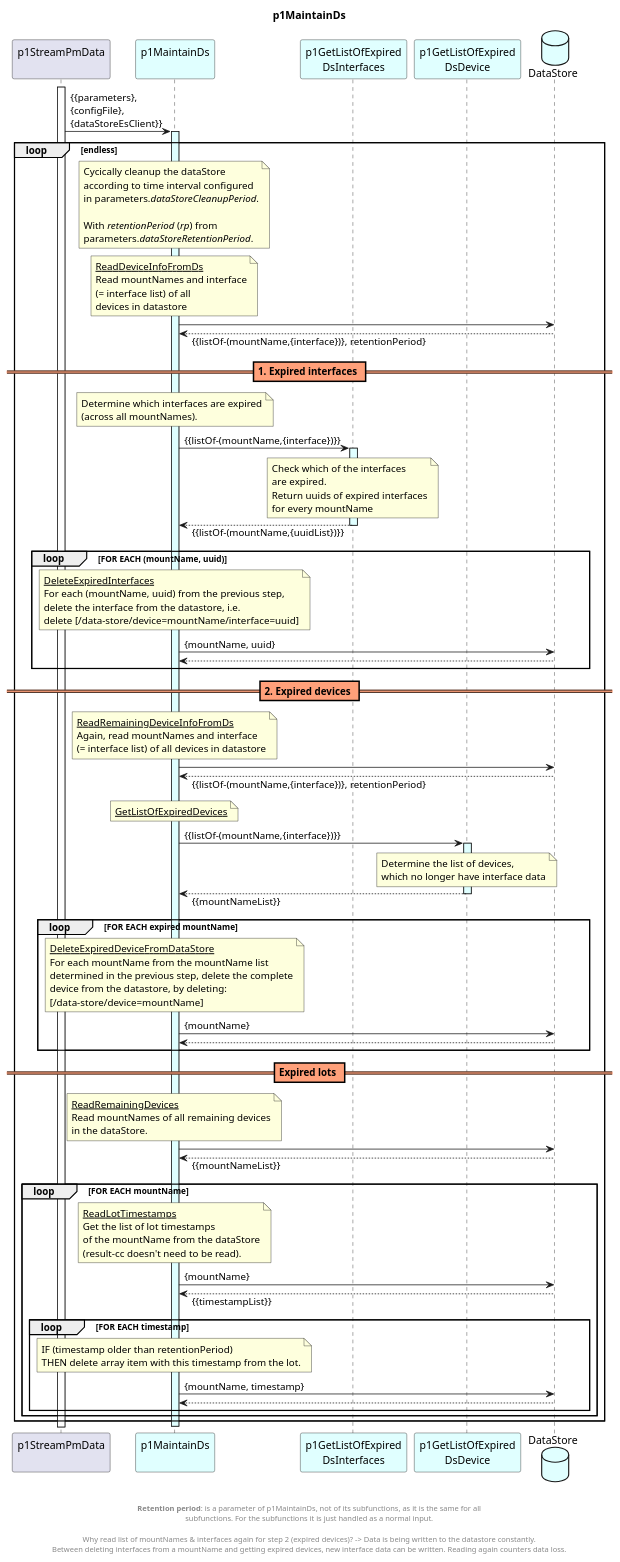
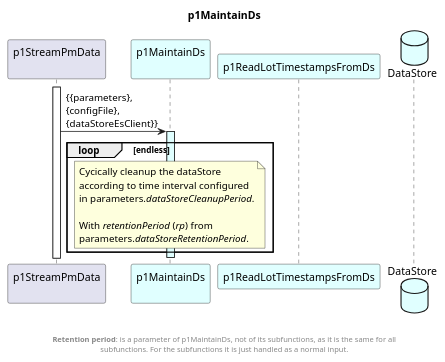
One commit to openBackhaul/DevicePerformanceManagementDataProcessor changed the diagram in spec/Functions/p1StreamPmData/p1MaintainDs/1.0.0/p1MaintainDs.plantuml. Above: the diagram before and after it, drawn with PlantUML. The commit also changed 8 other files, not shown here.

Commit message:
add subfunction for reading lot.timestamp values

```diff
--- a/spec/Functions/p1StreamPmData/p1MaintainDs/1.0.0/p1MaintainDs.plantuml
+++ b/spec/Functions/p1StreamPmData/p1MaintainDs/1.0.0/p1MaintainDs.plantuml
@@ -1,157 +1,45 @@
 @startuml p1MaintainDs
 skinparam responseMessageBelowArrow true
 skinparam SequenceDividerBackgroundColor #LightSalmon
 
 title
   p1MaintainDs
 end title
 
 participant "p1StreamPmData\n" as requestor
 participant "p1MaintainDs\n" as cur #LightCyan
-participant "p1GetListOfExpired\nDsInterfaces" as expIf #LightCyan
-participant "p1GetListOfExpired\nDsDevice" as expDev #LightCyan
+participant "p1ReadLotTimestampsFromDs" as lotTs #LightCyan
 database "DataStore" as ds #LightCyan
 
 
 activate requestor
 
 requestor -> cur : {{parameters},\n{configFile},\n{dataStoreEsClient}}
 activate cur #LightCyan
 
 loop endless
   note over cur
     Cycically cleanup the dataStore
     according to time interval configured
     in parameters.<i>dataStoreCleanupPeriod</i>.
 
     With <i>retentionPeriod</i> (<i>rp</i>) from
     parameters.<i>dataStoreRetentionPeriod</i>.
   end note
 
-  note over cur
-    <u>ReadDeviceInfoFromDs</u>
-    Read mountNames and interface
-    (= interface list) of all
-    devices in datastore
-  end note
-  cur -> ds
-  cur <-- ds: {{listOf-(mountName,{interface})}, retentionPeriod}
 
-  == 1. Expired interfaces ==
-
-  'first get expired interfaces
-  note over cur
-    Determine which interfaces are expired
-    (across all mountNames).
-  end note
-  cur -> expIf: {{listOf-(mountName,{interface})}}
-  activate expIf #LightCyan
-    note over expIf
-      Check which of the interfaces
-      are expired.
-      Return uuids of expired interfaces
-      for every mountName
-    end note
-  cur <-- expIf: {{listOf-(mountName,{uuidList})}}
-  deactivate expIf
-
-  'then delete the expired interfaces
-  loop FOR EACH (mountName, uuid)
-    note over cur
-      <u>DeleteExpiredInterfaces</u>
-      For each (mountName, uuid) from the previous step,
-      delete the interface from the datastore, i.e.
-      delete [/data-store/device=mountName/interface=uuid]
-    end note
-    cur -> ds: {mountName, uuid}
-    cur <-- ds
-  end loop
-
-  == 2. Expired devices ==
-  
-  'again get the list of mountName,interface
-  note over cur
-    <u>ReadRemainingDeviceInfoFromDs</u>
-    Again, read mountNames and interface
-    (= interface list) of all devices in datastore
-  end note
-  cur -> ds
-  cur <-- ds: {{listOf-(mountName,{interface})}, retentionPeriod}
-
-  'from that get the list of expired devices
-  note over cur
-    <u>GetListOfExpiredDevices</u>
-  end note
-  cur -> expDev: {{listOf-(mountName,{interface})}}
-  activate expDev #LightCyan
-    note over expDev
-      Determine the list of devices,
-      which no longer have interface data
-    end note
-  cur <-- expDev: {{mountNameList}}
-  deactivate expDev
-
-  'now delete expired devices from dataStore
-  loop FOR EACH expired mountName
-    note over cur
-      <u>DeleteExpiredDeviceFromDataStore</u>
-      For each mountName from the mountName list
-      determined in the previous step, delete the complete
-      device from the datastore, by deleting:
-      [/data-store/device=mountName]
-    end note
-    cur -> ds: {mountName}
-    cur <-- ds
-  end loop
-
-  == Expired lots ==
-  'no own subfunction, for getting a list of timestamps, because the timestamp is not a x-key
-  
-  'get remaining mountNames
-  note over cur
-    <u>ReadRemainingDevices</u>
-    Read mountNames of all remaining devices
-    in the dataStore.
-  end note
-  cur -> ds
-  cur <-- ds: {{mountNameList}}
-
-  'iterate over mountNames
-  loop FOR EACH mountName
-    note over cur
-      <u>ReadLotTimestamps</u>
-      Get the list of lot timestamps
-      of the mountName from the dataStore
-      (result-cc doesn't need to be read).
-    end note
-    cur -> ds: {mountName}
-    cur <-- ds: {{timestampList}}
-
-    loop FOR EACH timestamp
-      note over cur
-        IF (timestamp older than retentionPeriod)
-        THEN delete array item with this timestamp from the lot.
-      end note
-      cur -> ds: {mountName, timestamp}
-      cur <-- ds
-
-    end loop
-  end loop
-
+'REDO
 
 end loop
 
 deactivate cur
 
 footer
 
 
 <b>Retention period</b>: is a parameter of p1MaintainDs, not of its subfunctions, as it is the same for all
   subfunctions. For the subfunctions it is just handled as a normal input.
-
-Why read list of mountNames & interfaces again for step 2 (expired devices)? -> Data is being written to the datastore constantly.
-Between deleting interfaces from a mountName and getting expired devices, new interface data can be written. Reading again counters data loss.
 end footer
 
 
 @enduml
```
